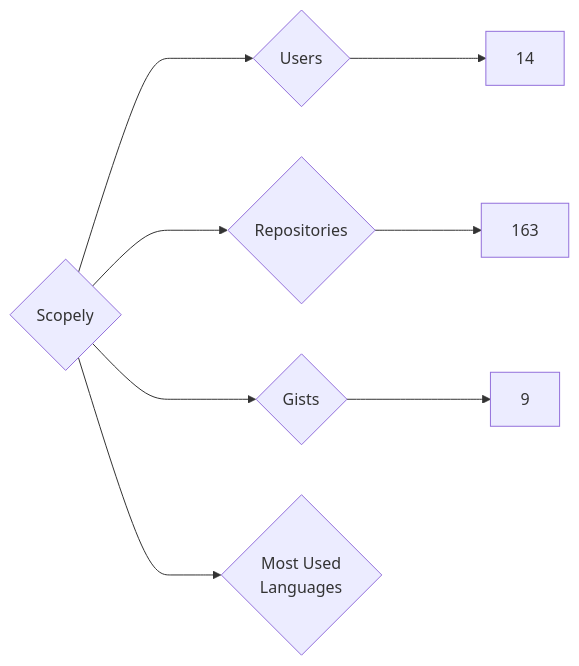
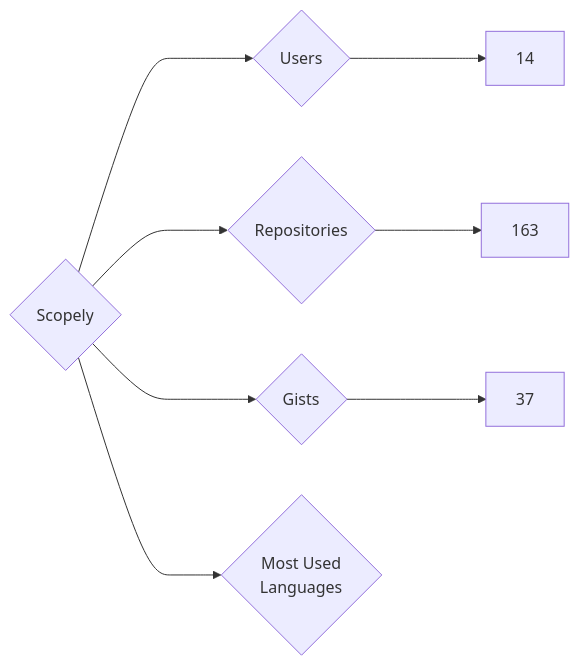
The diagram in targets/Scopely/README.md (nenadzaric/insiders), drawn with Mermaid before and after one commit. The commit also changed 1342 other files, not shown here.

````diff
--- a/targets/Scopely/README.md
+++ b/targets/Scopely/README.md
@@ -3,8 +3,8 @@
 ```mermaid
 graph LR
 COMPANY_NAME{Scopely}
 COMPANY_NAME ---> U{Users} ---> UN[14]
 COMPANY_NAME ---> R{Repositories} ---> RN[163]
-COMPANY_NAME ---> G{Gists} ---> GN[9]
+COMPANY_NAME ---> G{Gists} ---> GN[37]
 COMPANY_NAME ---> ML{Most Used<br>Languages}
 ```
````
